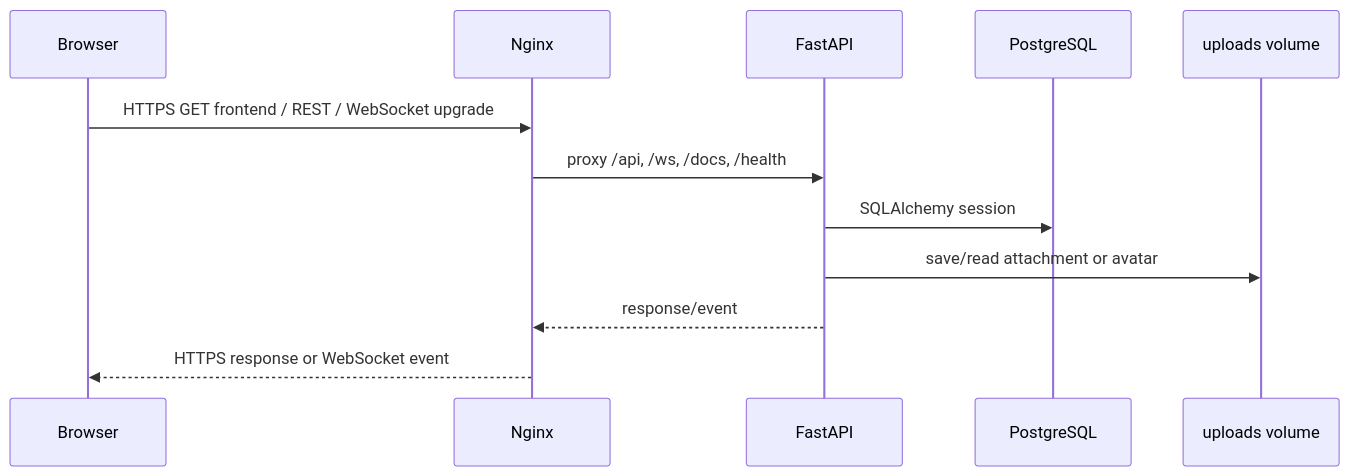
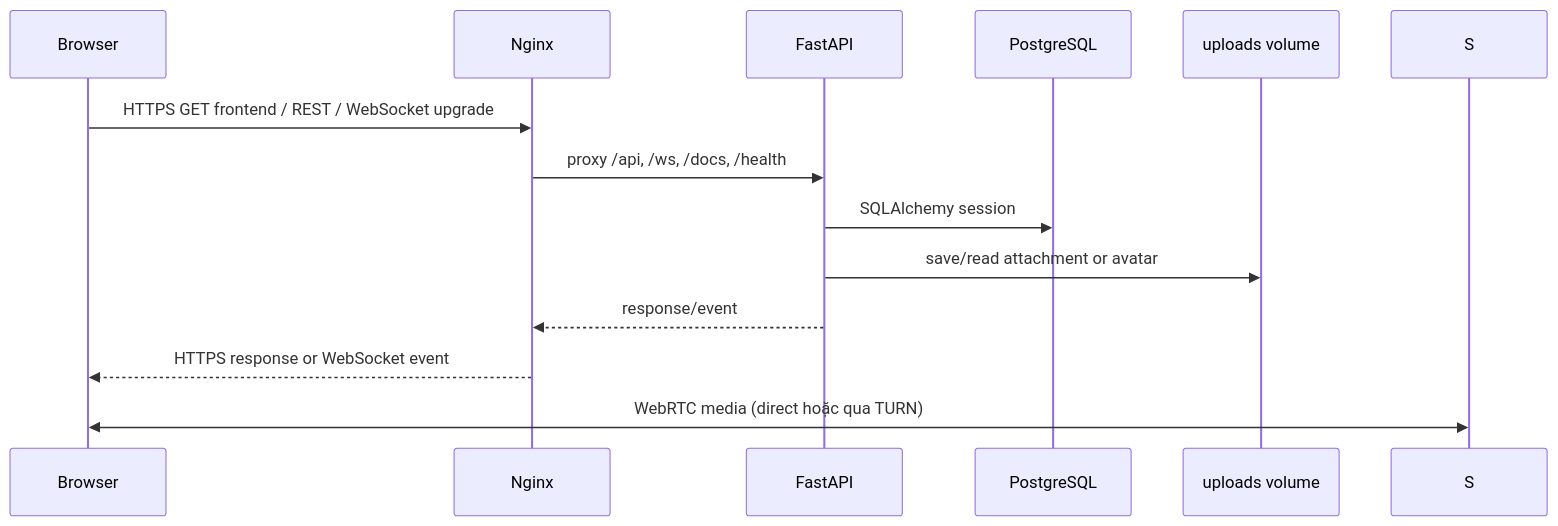
Before and after one commit to Dungx1107/team-chat: the first of 2 diagrams in docs/01-system-overview.md, drawn with Mermaid. The commit also changed other lines of this file and 40 other files, not shown here.

````diff
--- a/docs/01-system-overview.md
+++ b/docs/01-system-overview.md
@@ -17,14 +18,15 @@
 ```mermaid
 sequenceDiagram
     participant U as Browser
     participant N as Nginx
     participant A as FastAPI
     participant D as PostgreSQL
     participant F as uploads volume
     U->>N: HTTPS GET frontend / REST / WebSocket upgrade
     N->>A: proxy /api, /ws, /docs, /health
     A->>D: SQLAlchemy session
     A->>F: save/read attachment or avatar
     A-->>N: response/event
     N-->>U: HTTPS response or WebSocket event
+    U<<->>S: WebRTC media (direct hoặc qua TURN)
 ```
````
